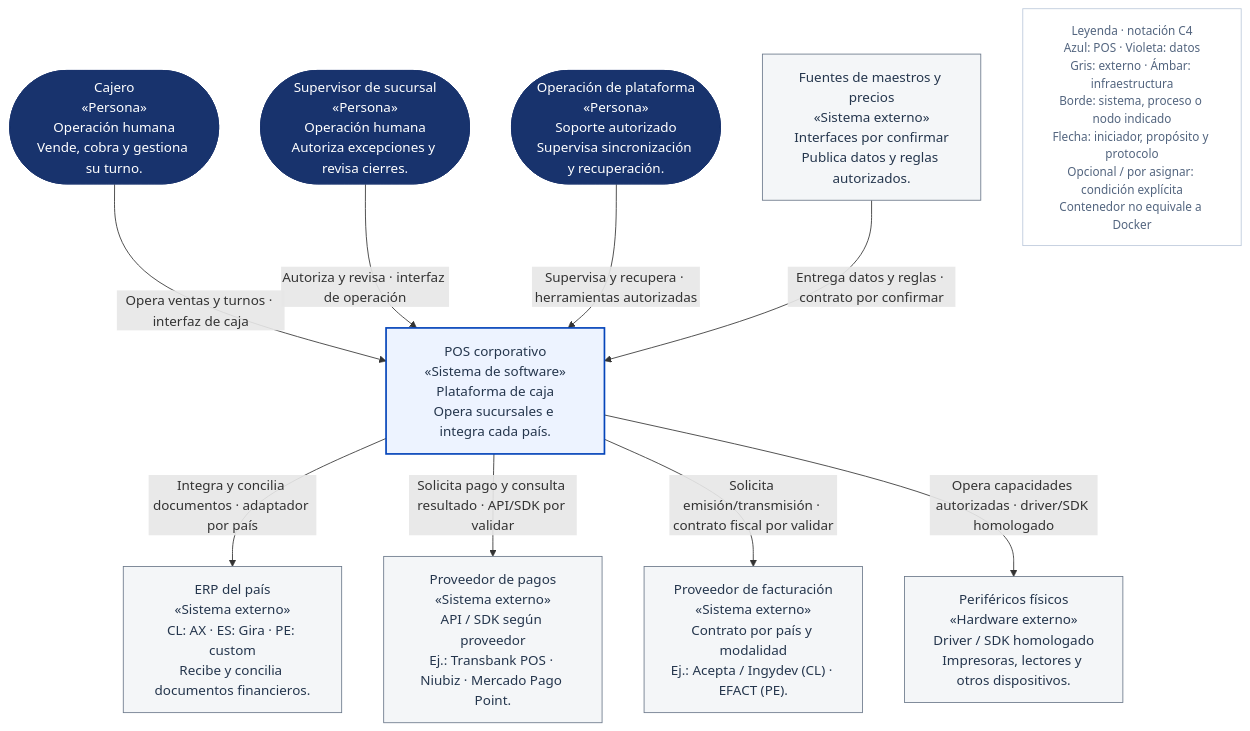
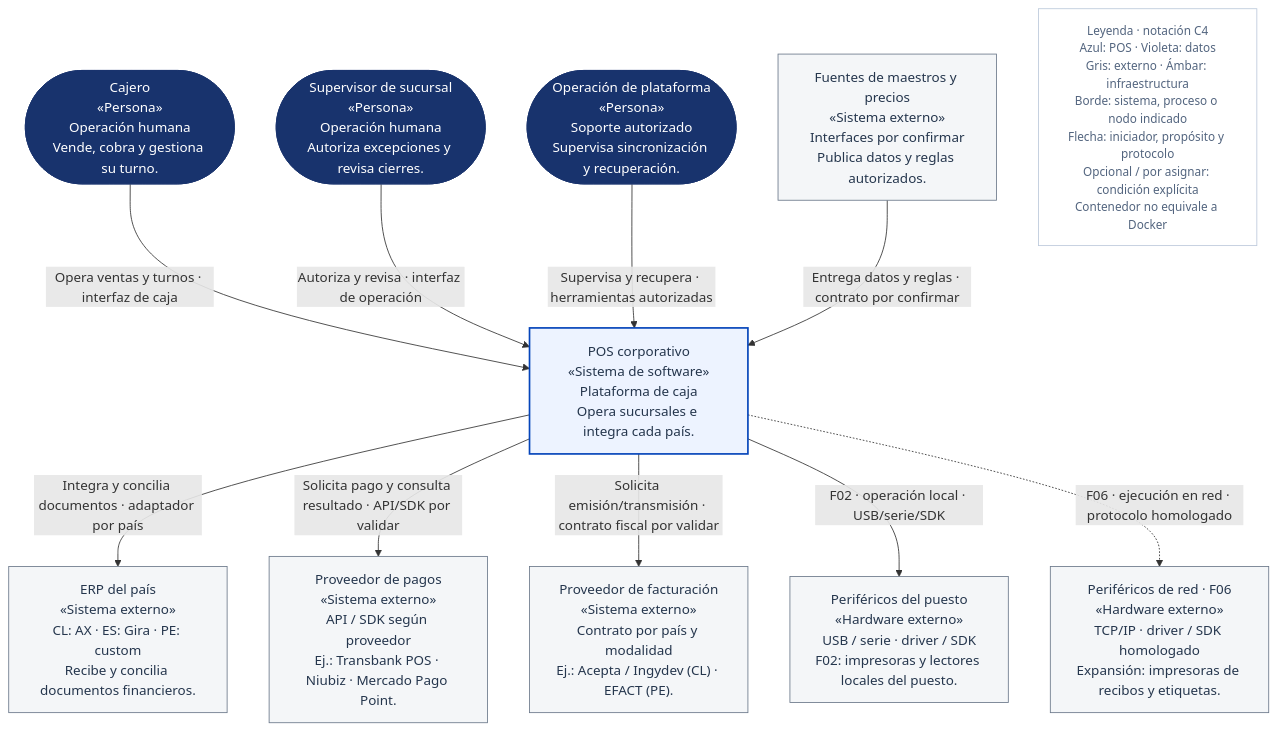
Before and after one commit to developer-implementos/pos-docs: the diagram in docs/diagramas-excalidraw/mermaid/c4-context.mmd, drawn with Mermaid. The commit also changed 83 other files, not shown here.

Commit message:
docs: stage workstation devices before shared network peripherals

```diff
--- a/docs/diagramas-excalidraw/mermaid/c4-context.mmd
+++ b/docs/diagramas-excalidraw/mermaid/c4-context.mmd
@@ -1,27 +1,29 @@
 flowchart TB
     accTitle: C1 · Contexto — El POS y su entorno
     accDescr: Un sistema POS corporativo; personas y sistemas externos. Representación lógica aplicable a cada país. La integración financiera, el precio autorizado, el pago y la fiscalidad tienen propietarios distintos. Los sistemas externos no se dan por homologados.
     cashier(["Cajero<br/>«Persona»<br/>Operación humana<br/>Vende, cobra y gestiona su turno."]):::person
     supervisor(["Supervisor de sucursal<br/>«Persona»<br/>Operación humana<br/>Autoriza excepciones y revisa cierres."]):::person
     support(["Operación de plataforma<br/>«Persona»<br/>Soporte autorizado<br/>Supervisa sincronización y recuperación."]):::person
     pos["POS corporativo<br/>«Sistema de software»<br/>Plataforma de caja<br/>Opera sucursales e integra cada país."]:::pos
     erp["ERP del país<br/>«Sistema externo»<br/>CL: AX · ES: Gira · PE: custom<br/>Recibe y concilia documentos financieros."]:::external
     masters["Fuentes de maestros y precios<br/>«Sistema externo»<br/>Interfaces por confirmar<br/>Publica datos y reglas autorizados."]:::external
     payments["Proveedor de pagos<br/>«Sistema externo»<br/>API / SDK según proveedor<br/>Ej.: Transbank POS · Niubiz · Mercado Pago Point."]:::external
     fiscal["Proveedor de facturación<br/>«Sistema externo»<br/>Contrato por país y modalidad<br/>Ej.: Acepta / Ingydev (CL) · EFACT (PE)."]:::external
-    peripherals["Periféricos físicos<br/>«Hardware externo»<br/>Driver / SDK homologado<br/>Impresoras, lectores y otros dispositivos."]:::external
+    peripherals["Periféricos del puesto<br/>«Hardware externo»<br/>USB / serie · driver / SDK<br/>F02: impresoras y lectores locales del puesto."]:::external
+    networkPeripherals["Periféricos de red · F06<br/>«Hardware externo»<br/>TCP/IP · driver / SDK homologado<br/>Expansión: impresoras de recibos y etiquetas."]:::external
     legend["Leyenda · notación C4<br/>Azul: POS · Violeta: datos<br/>Gris: externo · Ámbar: infraestructura<br/>Borde: sistema, proceso o nodo indicado<br/>Flecha: iniciador, propósito y protocolo<br/>Opcional / por asignar: condición explícita<br/>Contenedor no equivale a Docker"]:::key
     cashier -->|"Opera ventas y turnos · interfaz de caja"| pos
     supervisor -->|"Autoriza y revisa · interfaz de operación"| pos
     support -->|"Supervisa y recupera · herramientas autorizadas"| pos
     masters -->|"Entrega datos y reglas · contrato por confirmar"| pos
     pos -->|"Integra y concilia documentos · adaptador por país"| erp
     pos -->|"Solicita pago y consulta resultado · API/SDK por validar"| payments
     pos -->|"Solicita emisión/transmisión · contrato fiscal por validar"| fiscal
-    pos -->|"Opera capacidades autorizadas · driver/SDK homologado"| peripherals
+    pos -->|"F02 · operación local · USB/serie/SDK"| peripherals
+    pos -.->|"F06 · ejecución en red · protocolo homologado"| networkPeripherals
     classDef pos fill:#EDF3FF,stroke:#0545BA,color:#25364D,stroke-width:2px
     classDef store fill:#F2EFFF,stroke:#6551A8,color:#25364D,stroke-width:2px
     classDef external fill:#F4F6F8,stroke:#6B788A,color:#25364D
     classDef person fill:#18336D,stroke:#18336D,color:#FFFFFF
     classDef infra fill:#FFF3E0,stroke:#A86516,color:#25364D
     classDef key fill:#FFFFFF,stroke:#BCC9DB,color:#53657F,font-size:14px
```
